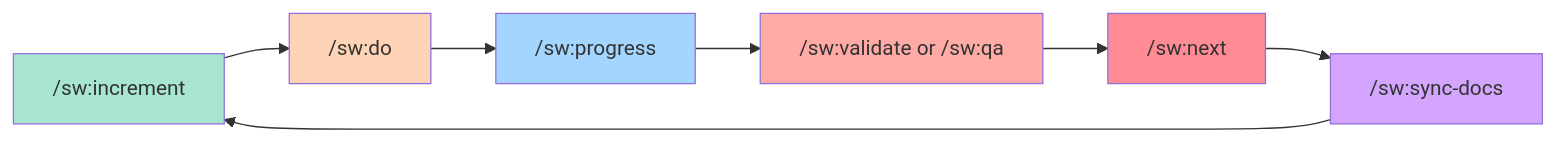
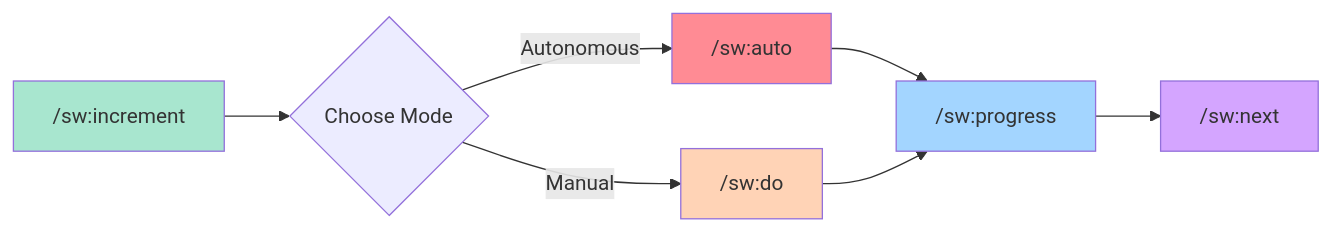
One commit to anton-abyzov/specweave changed the diagram in docs-site/docs/commands/overview.md. Above: the diagram before and after it, drawn with Mermaid. The commit also changed other lines of this file, not shown here.

Commit message:
docs: prioritize auto mode in commands overview

````diff
--- a/docs-site/docs/commands/overview.md
+++ b/docs-site/docs/commands/overview.md
@@ -15,16 +15,15 @@
 ```mermaid
 graph LR
-    A["/sw:increment"] --> B["/sw:do"]
-    B --> C["/sw:progress"]
-    C --> D["/sw:validate or /sw:qa"]
-    D --> E["/sw:next"]
-    E --> F["/sw:sync-docs"]
-    F --> A
+    A["/sw:increment"] --> B{Choose Mode}
+    B -->|Autonomous| C["/sw:auto"]
+    B -->|Manual| D["/sw:do"]
+    C --> E["/sw:progress"]
+    D --> E
+    E --> F["/sw:next"]
 
     style A fill:#a8e6cf
-    style B fill:#ffd3b6
-    style C fill:#a3d5ff
-    style D fill:#ffaaa5
-    style E fill:#ff8b94
+    style C fill:#ff8b94
+    style D fill:#ffd3b6
+    style E fill:#a3d5ff
     style F fill:#d4a5ff
 ```
````
